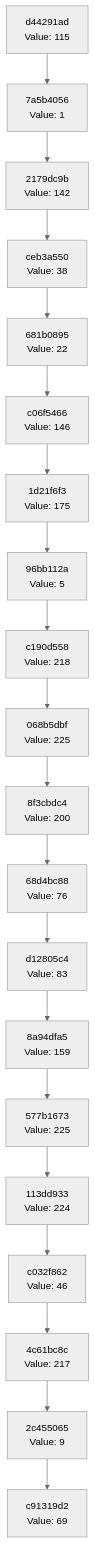
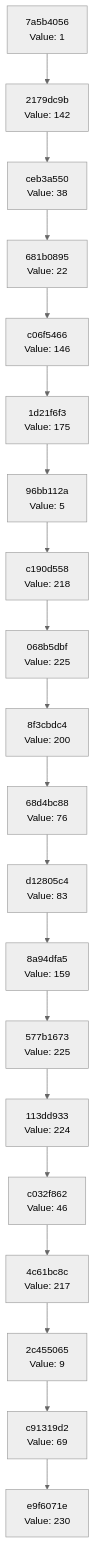
Before and after one commit to Abhisheksinha1506/hash-chain-evolver: the diagram in docs/CHAIN_VISUALIZATION.md, drawn with Mermaid (neutral theme). The commit also changed 3 other files, not shown here.

````diff
--- a/docs/CHAIN_VISUALIZATION.md
+++ b/docs/CHAIN_VISUALIZATION.md
@@ -3,42 +3,42 @@
 ```mermaid
 graph TD
-    C0["c91319d2<br/>Value: 69"]
-    C1["2c455065<br/>Value: 9"]
+    C0["e9f6071e<br/>Value: 230"]
+    C1["c91319d2<br/>Value: 69"]
     C1 --> C0
-    C2["4c61bc8c<br/>Value: 217"]
+    C2["2c455065<br/>Value: 9"]
     C2 --> C1
-    C3["c032f862<br/>Value: 46"]
+    C3["4c61bc8c<br/>Value: 217"]
     C3 --> C2
-    C4["113dd933<br/>Value: 224"]
+    C4["c032f862<br/>Value: 46"]
     C4 --> C3
-    C5["577b1673<br/>Value: 225"]
+    C5["113dd933<br/>Value: 224"]
     C5 --> C4
-    C6["8a94dfa5<br/>Value: 159"]
+    C6["577b1673<br/>Value: 225"]
     C6 --> C5
-    C7["d12805c4<br/>Value: 83"]
+    C7["8a94dfa5<br/>Value: 159"]
     C7 --> C6
-    C8["68d4bc88<br/>Value: 76"]
+    C8["d12805c4<br/>Value: 83"]
     C8 --> C7
-    C9["8f3cbdc4<br/>Value: 200"]
+    C9["68d4bc88<br/>Value: 76"]
     C9 --> C8
-    C10["068b5dbf<br/>Value: 225"]
+    C10["8f3cbdc4<br/>Value: 200"]
     C10 --> C9
-    C11["c190d558<br/>Value: 218"]
+    C11["068b5dbf<br/>Value: 225"]
     C11 --> C10
-    C12["96bb112a<br/>Value: 5"]
+    C12["c190d558<br/>Value: 218"]
     C12 --> C11
-    C13["1d21f6f3<br/>Value: 175"]
+    C13["96bb112a<br/>Value: 5"]
     C13 --> C12
-    C14["c06f5466<br/>Value: 146"]
+    C14["1d21f6f3<br/>Value: 175"]
     C14 --> C13
-    C15["681b0895<br/>Value: 22"]
+    C15["c06f5466<br/>Value: 146"]
     C15 --> C14
-    C16["ceb3a550<br/>Value: 38"]
+    C16["681b0895<br/>Value: 22"]
     C16 --> C15
-    C17["2179dc9b<br/>Value: 142"]
+    C17["ceb3a550<br/>Value: 38"]
     C17 --> C16
-    C18["7a5b4056<br/>Value: 1"]
+    C18["2179dc9b<br/>Value: 142"]
     C18 --> C17
-    C19["d44291ad<br/>Value: 115"]
+    C19["7a5b4056<br/>Value: 1"]
     C19 --> C18
 ```
````
